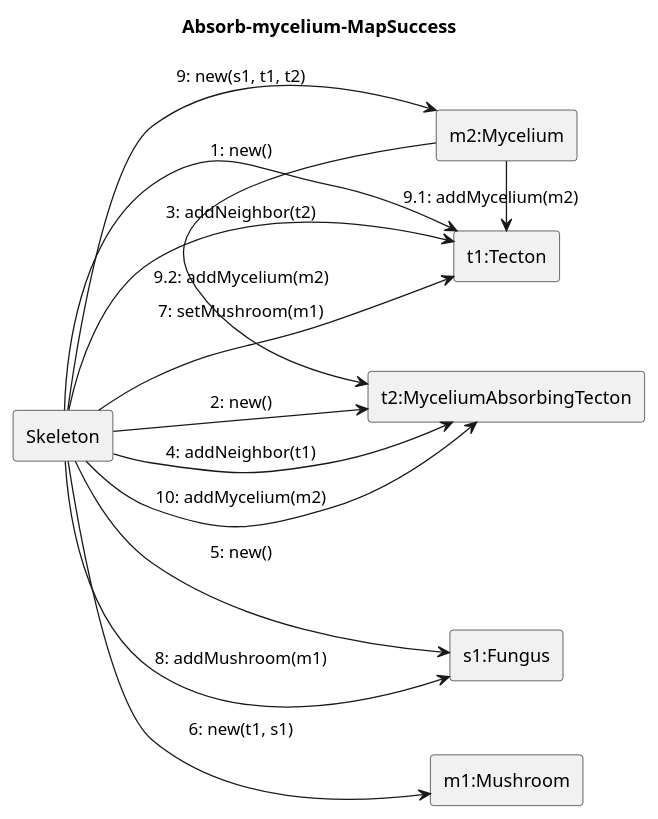
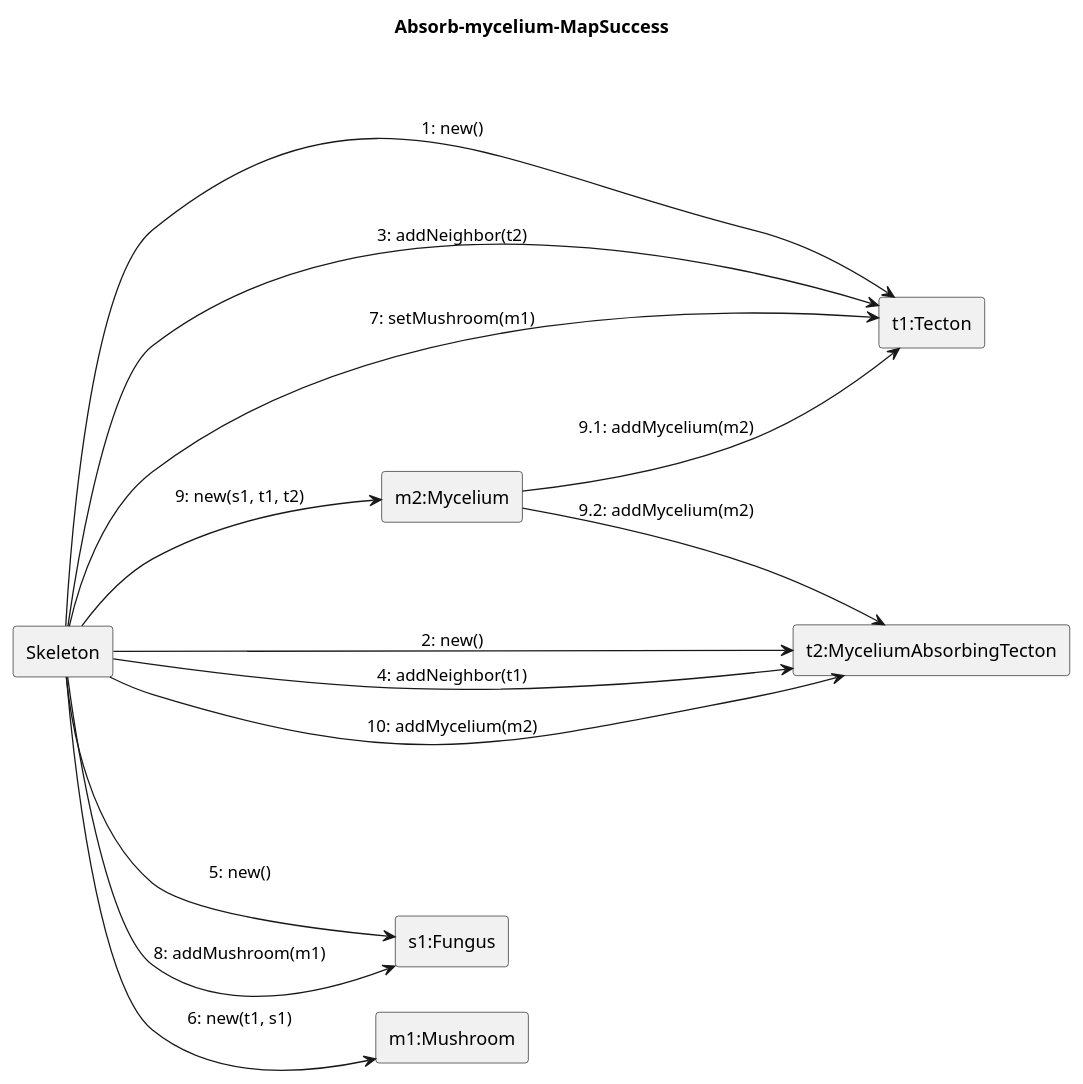
Before and after one commit to ZD4ve/projlab-error521: the diagram in Skeleton/Absorb-mycelium/map-success.pu, drawn with PlantUML.

Commit message:
Absorb map longer arrow

```diff
--- a/Skeleton/Absorb-mycelium/map-success.pu
+++ b/Skeleton/Absorb-mycelium/map-success.pu
@@ -1,26 +1,26 @@
 @startuml Absorb-mycelium/map-success
 left to right direction
 title Absorb-mycelium-MapSuccess
 
 rectangle Skeleton
 
 rectangle "t1:Tecton" as t1
 rectangle "t2:MyceliumAbsorbingTecton" as t2
 rectangle "s1:Fungus" as s1
 rectangle "m1:Mushroom" as m1
 rectangle "m2:Mycelium" as m2
 
 Skeleton --> t1: 1: new()
 Skeleton --> t2: 2: new()
 Skeleton --> t1: 3: addNeighbor(t2)
 Skeleton --> t2: 4: addNeighbor(t1)
 Skeleton --> s1 : 5: new()
 Skeleton --> m1: 6: new(t1, s1)
 Skeleton --> t1 : 7: setMushroom(m1)
 Skeleton --> s1: 8: addMushroom(m1)
 Skeleton --> m2: 9: new(s1, t1, t2)
-m2 -> t1 : 9.1: addMycelium(m2)
-m2 -> t2 : 9.2: addMycelium(m2)
+m2 --> t1 : 9.1: addMycelium(m2)
+m2 --> t2 : 9.2: addMycelium(m2)
 Skeleton --> t2: 10: addMycelium(m2)
 
 @enduml
```
